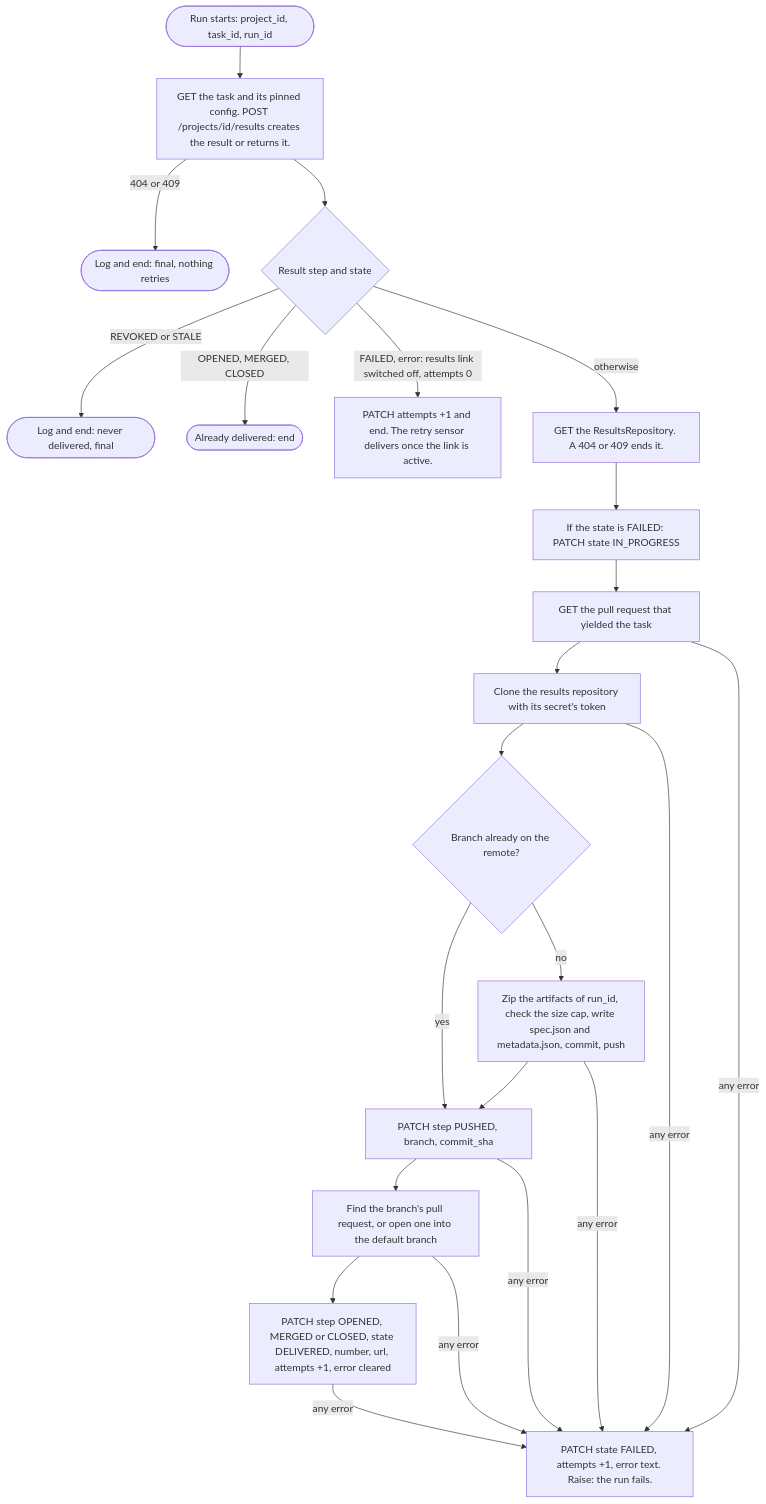
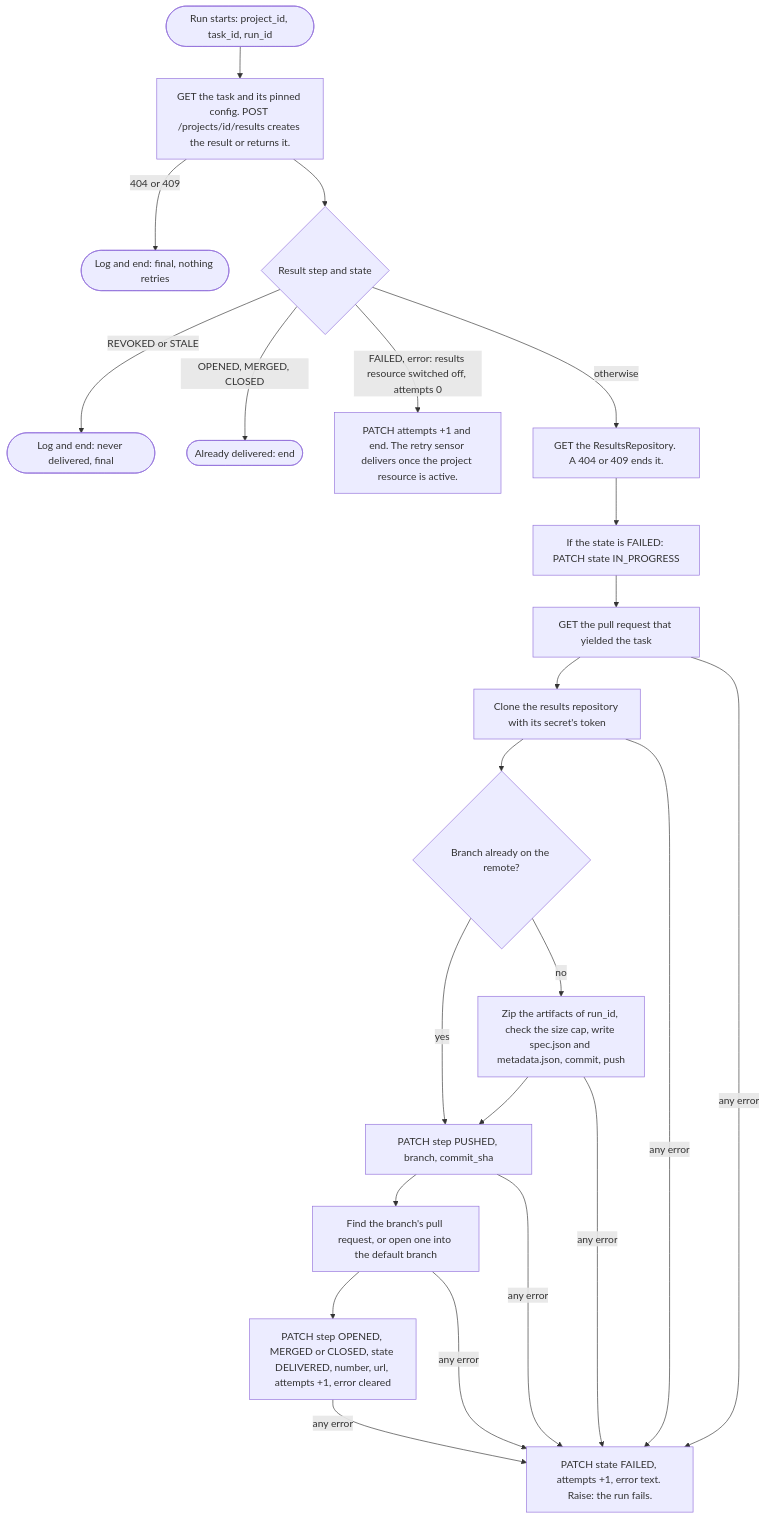
One commit to Aridhia-Open-Source/PHEMS_federated_node changed the second of 2 diagrams in docs/architecture/sensors/results-delivery.md. Above: the diagram before and after it, drawn with Mermaid. The commit also changed other lines of this file and 132 other files, not shown here.

````diff
--- a/docs/architecture/sensors/results-delivery.md
+++ b/docs/architecture/sensors/results-delivery.md
@@ -54,25 +54,25 @@
 ```mermaid
 flowchart TD
     A(["Run starts: project_id, task_id, run_id"]) --> B["GET the task and its pinned config. POST /projects/id/results creates the result or returns it."]
     B -->|"404 or 409"| S1(["Log and end: final, nothing retries"])
     B --> C{"Result step and state"}
     C -->|"REVOKED or STALE"| S2(["Log and end: never delivered, final"])
     C -->|"OPENED, MERGED, CLOSED"| S3(["Already delivered: end"])
-    C -->|"FAILED, error: results link switched off, attempts 0"| S4["PATCH attempts +1 and end. The retry sensor delivers once the link is active."]
+    C -->|"FAILED, error: results resource switched off, attempts 0"| S4["PATCH attempts +1 and end. The retry sensor delivers once the project resource is active."]
     C -->|otherwise| D["GET the ResultsRepository. A 404 or 409 ends it."]
     D --> E["If the state is FAILED: PATCH state IN_PROGRESS"]
     E --> F["GET the pull request that yielded the task"]
     F --> G["Clone the results repository with its secret's token"]
     G --> H{"Branch already on the remote?"}
     H -->|yes| K
     H -->|no| I["Zip the artifacts of run_id, check the size cap, write spec.json and metadata.json, commit, push"]
     I --> K["PATCH step PUSHED, branch, commit_sha"]
     K --> L["Find the branch's pull request, or open one into the default branch"]
     L --> M["PATCH step OPENED, MERGED or CLOSED, state DELIVERED, number, url, attempts +1, error cleared"]
     F -->|"any error"| ERR
     G -->|"any error"| ERR
     I -->|"any error"| ERR
     K -->|"any error"| ERR
     L -->|"any error"| ERR
     M -->|"any error"| ERR["PATCH state FAILED, attempts +1, error text. Raise: the run fails."]
 ```
````
